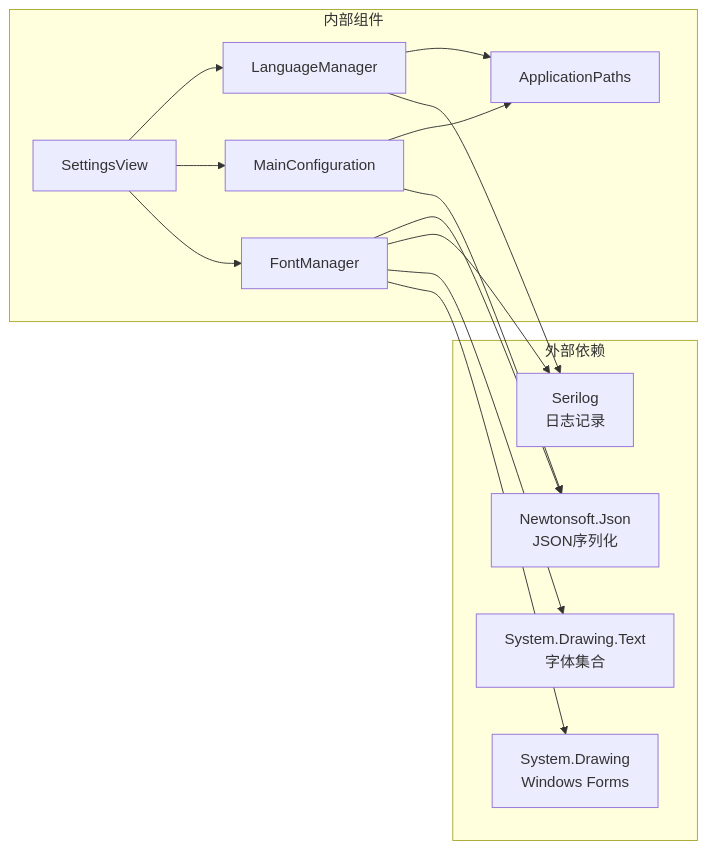
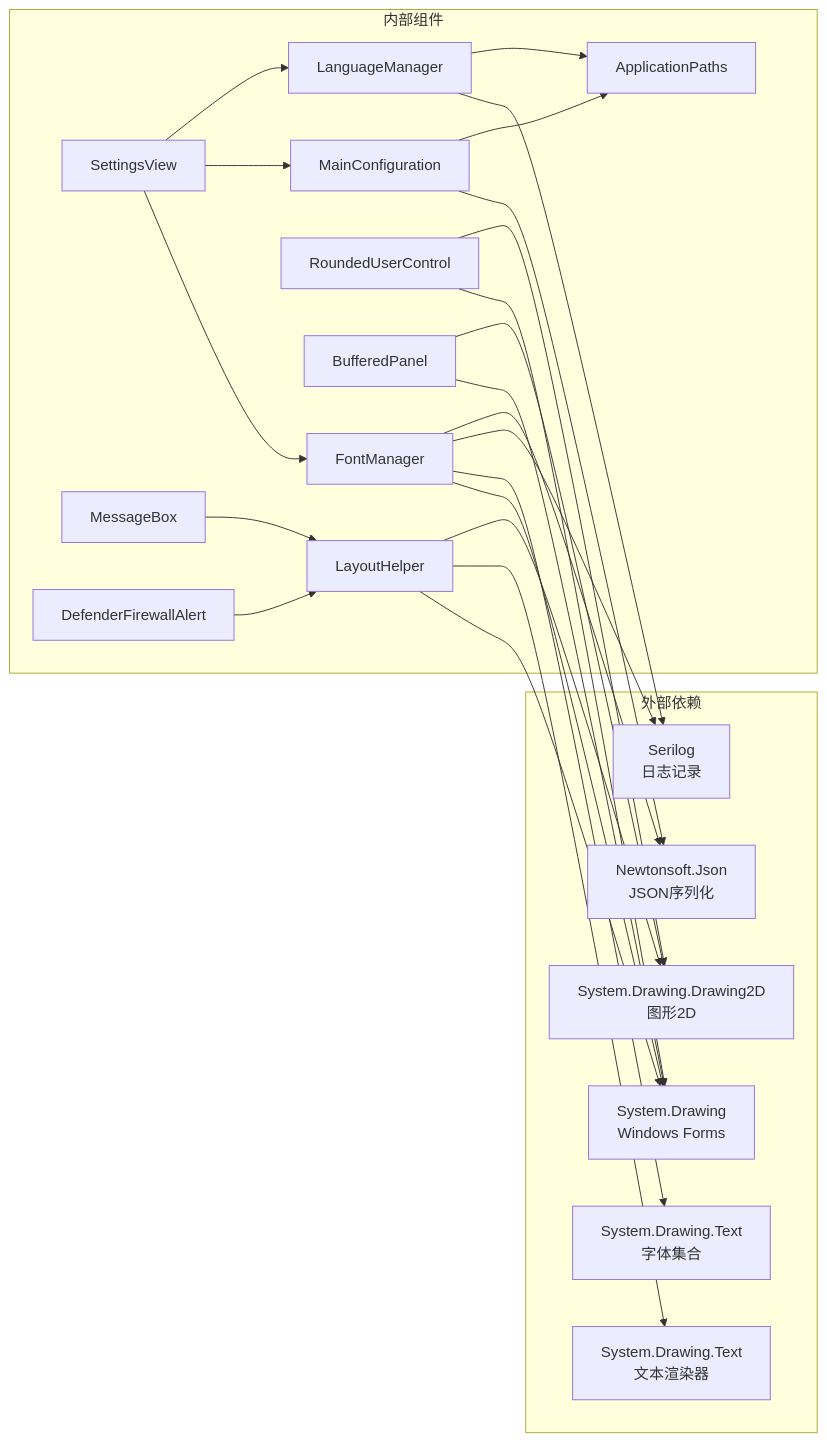
Diagram 12 of 12 in .qoder/repowiki/zh/content/工具类库/字体管理系统.md (tea4go/Macro-Deck), drawn with Mermaid before and after one commit. The commit also changed other lines of this file and 63 other files, not shown here.

````diff
--- a/.qoder/repowiki/zh/content/工具类库/字体管理系统.md
+++ b/.qoder/repowiki/zh/content/工具类库/字体管理系统.md
@@ -361,27 +671,43 @@
 ```mermaid
 graph LR
 subgraph "外部依赖"
 WF[System.Drawing<br/>Windows Forms]
 IF[System.Drawing.Text<br/>字体集合]
+TR[System.Drawing.Text<br/>文本渲染器]
+DM[System.Drawing.Drawing2D<br/>图形2D]
 SR[Serilog<br/>日志记录]
 NJ[Newtonsoft.Json<br/>JSON序列化]
 end
 subgraph "内部组件"
 FM[FontManager]
+LH[LayoutHelper]
+RUC[RoundedUserControl]
+BP[BufferedPanel]
 MC[MainConfiguration]
 SV[SettingsView]
 LM[LanguageManager]
 AP[ApplicationPaths]
+MB[MessageBox]
+DFA[DefenderFirewallAlert]
 end
 FM --> WF
 FM --> IF
 FM --> SR
 FM --> NJ
+LH --> WF
+LH --> TR
+LH --> DM
+RUC --> WF
+RUC --> DM
+BP --> WF
+BP --> DM
 SV --> FM
 SV --> MC
 SV --> LM
+MB --> LH
+DFA --> LH
 MC --> NJ
 MC --> AP
 LM --> SR
 LM --> AP
 ```
````
